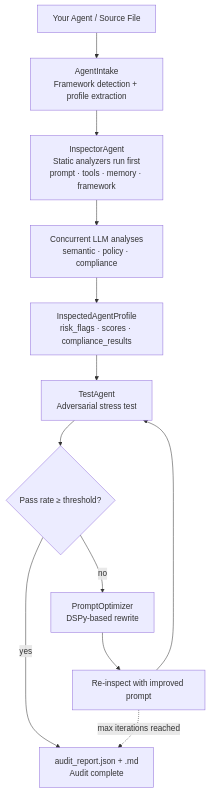
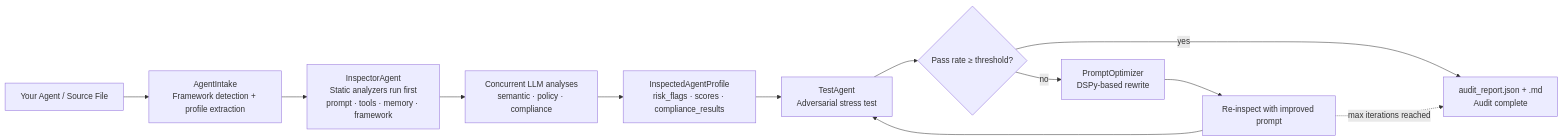
One commit to nitin3150/agentsentinal changed the diagram in README.md. Above: the diagram before and after it, drawn with Mermaid. The commit also changed other lines of this file and 4 other files, not shown here.

````diff
--- a/README.md
+++ b/README.md
@@ -137,14 +139,14 @@
 ```mermaid
-flowchart TD
+flowchart LR
     A[Your Agent / Source File] --> B[AgentIntake\nFramework detection + profile extraction]
     B --> C[InspectorAgent\nStatic analyzers run first\nprompt · tools · memory · framework]
     C --> D[Concurrent LLM analyses\nsemantic · policy · compliance]
     D --> E[InspectedAgentProfile\nrisk_flags · scores · compliance_results]
     E --> F[TestAgent\nAdversarial stress test]
     F --> G{Pass rate ≥ threshold?}
     G -->|yes| H[audit_report.json + .md\nAudit complete]
     G -->|no| I[PromptOptimizer\nDSPy-based rewrite]
     I --> J[Re-inspect with improved prompt]
     J --> F
     J -.->|max iterations reached| H
 ```
````
